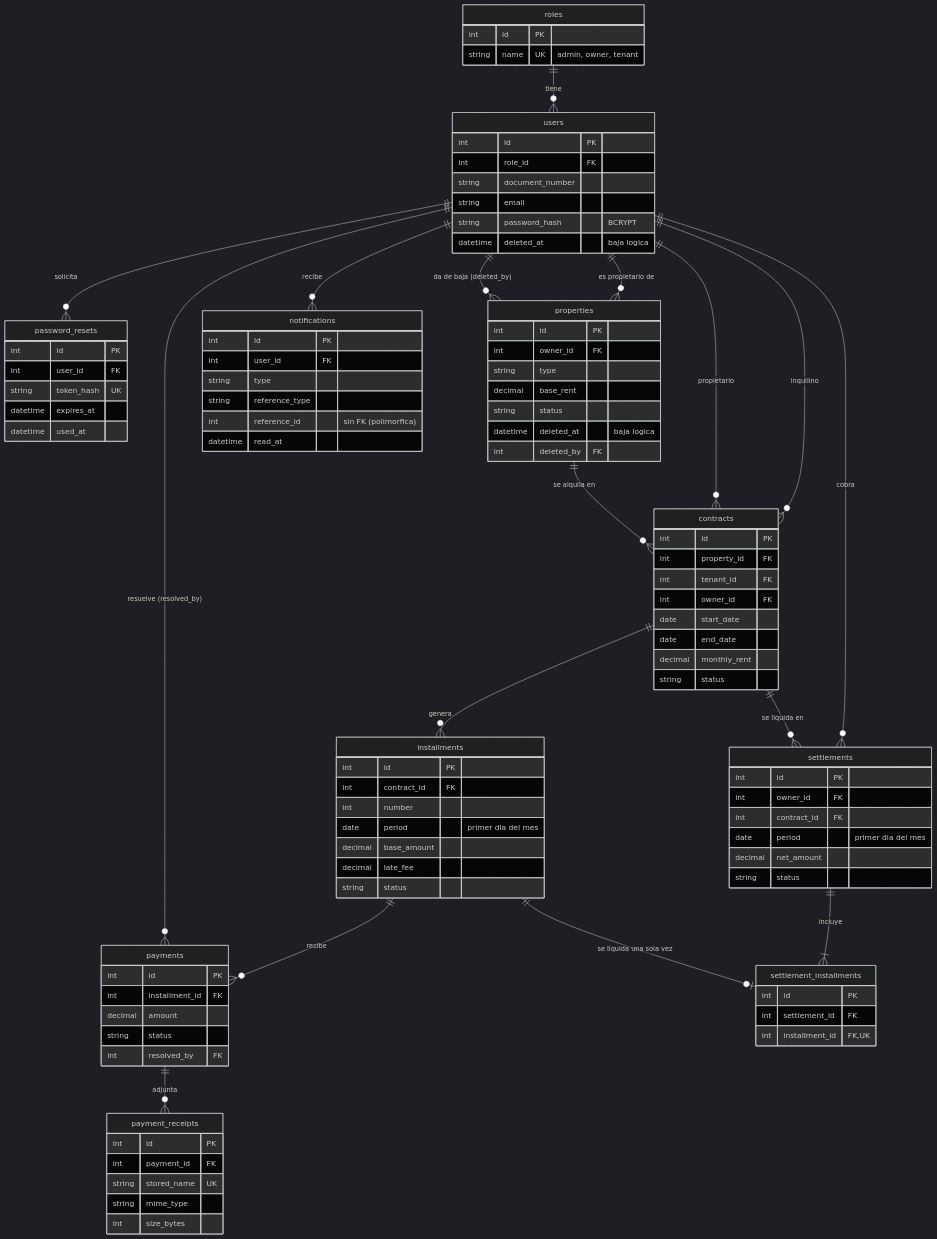
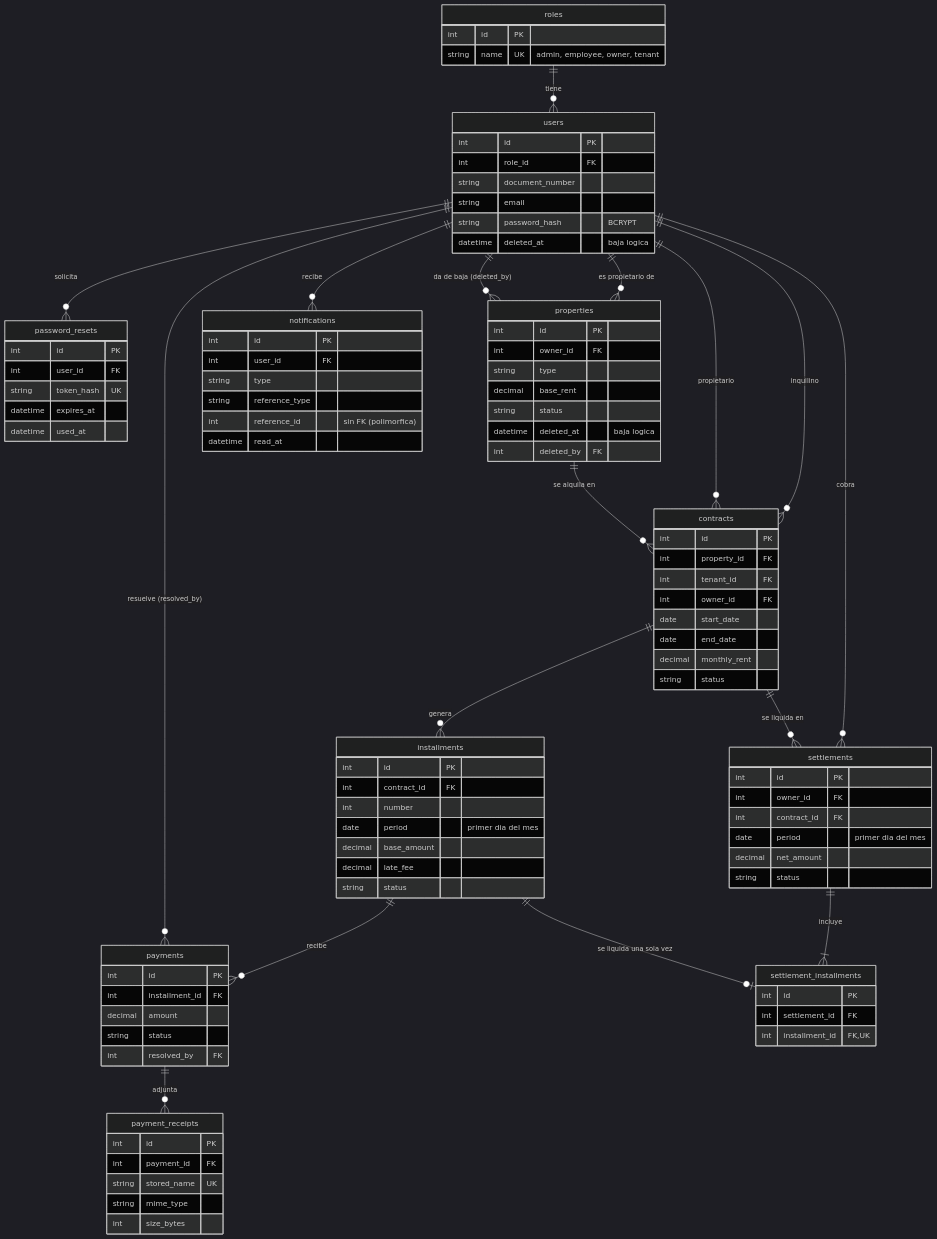
One commit to EihtSlowFlow/PS-TP_FINAL changed the diagram in .docs/base_de_datos/MODELO_DE_DATOS.md. Above: the diagram before and after it, drawn with Mermaid (dark theme). The commit also changed other lines of this file and 8 other files, not shown here.

```diff
--- a/.docs/base_de_datos/MODELO_DE_DATOS.md
+++ b/.docs/base_de_datos/MODELO_DE_DATOS.md
@@ -53,7 +53,7 @@
 
     roles {
         int id PK
-        string name UK "admin, owner, tenant"
+        string name UK "admin, employee, owner, tenant"
     }
     users {
         int id PK
```
